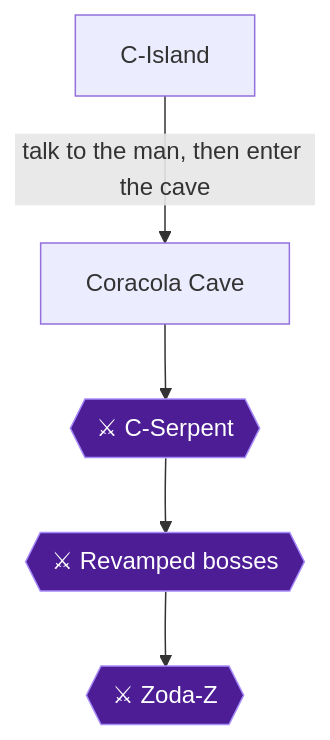
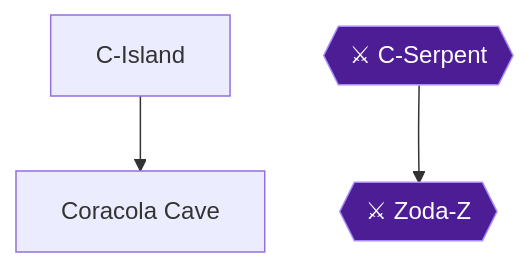
Before and after one commit to MajinFro/retro-walkthroughs: diagram 11 of 11 in content/research/1984/06_graph.md, drawn with Mermaid. The commit also changed other lines of this file and 100 other files, not shown here.

````diff
--- a/content/research/1984/06_graph.md
+++ b/content/research/1984/06_graph.md
@@ -409,15 +357,12 @@
 ```mermaid
 flowchart TD
-  C_Island["C-Island"]
-  Coracola_Cave["Coracola Cave"]
-  C_Serpent{{"⚔ C-Serpent"}}
-  Boss_Rematches{{"⚔ Revamped bosses"}}
-  Zoda_Z{{"⚔ Zoda-Z"}}
-  C_Island -->|talk to the man, then enter the cave| Coracola_Cave
-  Coracola_Cave --> C_Serpent
-  C_Serpent --> Boss_Rematches
-  Boss_Rematches --> Zoda_Z
+  CIsland["C-Island"]
+  Coracola["Coracola Cave"]
+  CSerpent{{"⚔ C-Serpent"}}
+  ZodaZ{{"⚔ Zoda-Z"}}
+  CIsland --> Coracola
+  CSerpent --> ZodaZ
   classDef ponr fill:#7f1d1d,stroke:#f87171,color:#fff;
   classDef boss fill:#4c1d95,stroke:#a78bfa,color:#fff;
-  class C_Serpent,Boss_Rematches,Zoda_Z boss;
+  class CSerpent,ZodaZ boss;
 ```
````
